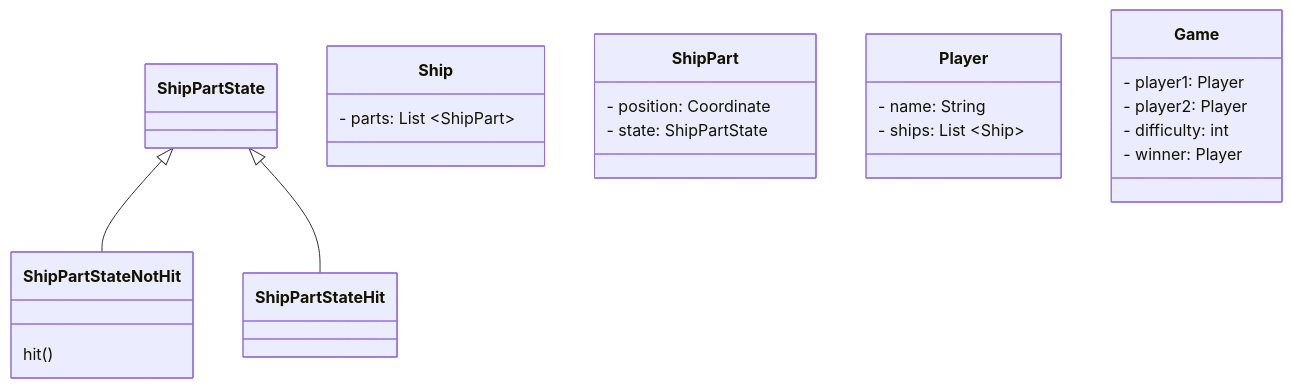
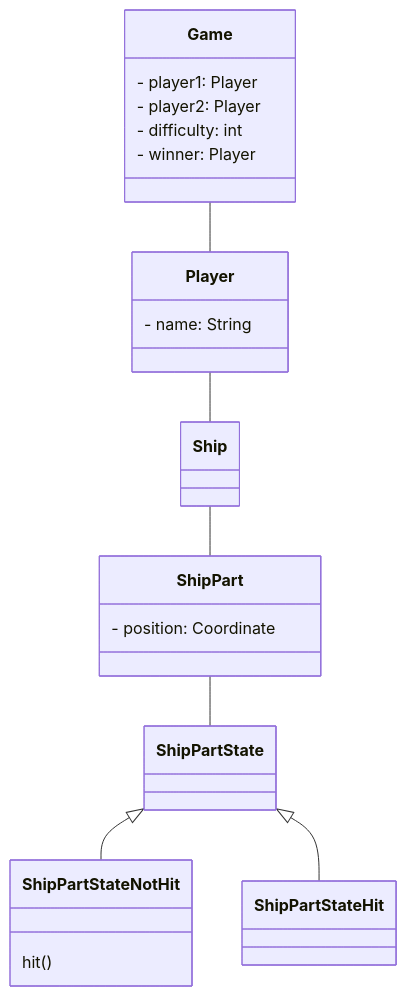
One commit to heckid18/SchiffeVersenken changed the diagram in README.md. Above: the diagram before and after it, drawn with Mermaid.

Commit message:
changed visual relations of classes in README.md

````diff
--- a/README.md
+++ b/README.md
@@ -12,40 +12,42 @@
 ```mermaid
 classDiagram
 
     ShipPartState <|-- ShipPartStateNotHit
     ShipPartState <|-- ShipPartStateHit
+    Ship -- ShipPart
+    ShipPart -- ShipPartState
+    Player -- Ship
+    Game -- Player
 
     class Ship{
-        - parts: List ~ShipPart~
+        
     } 
 
     class ShipPart{
         - position: Coordinate
-        - state: ShipPartState
 
     }
 
     class Player{
         - name: String
-        - ships: List ~Ship~
     }
 
     class Game{
         - player1: Player
         - player2: Player
         - difficulty: int
         - winner: Player
     }
 
     class ShipPartState{
 
     }
 
     class ShipPartStateNotHit{
         hit()
     }
 
     class ShipPartStateHit{
 
     }
 ```
````
